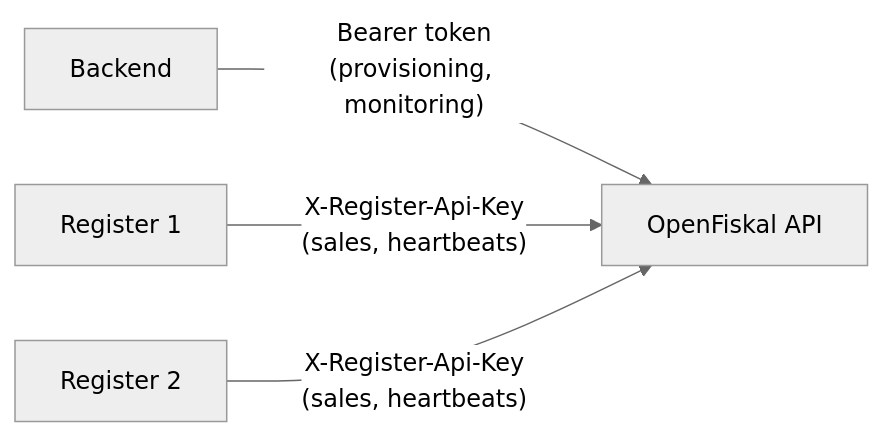
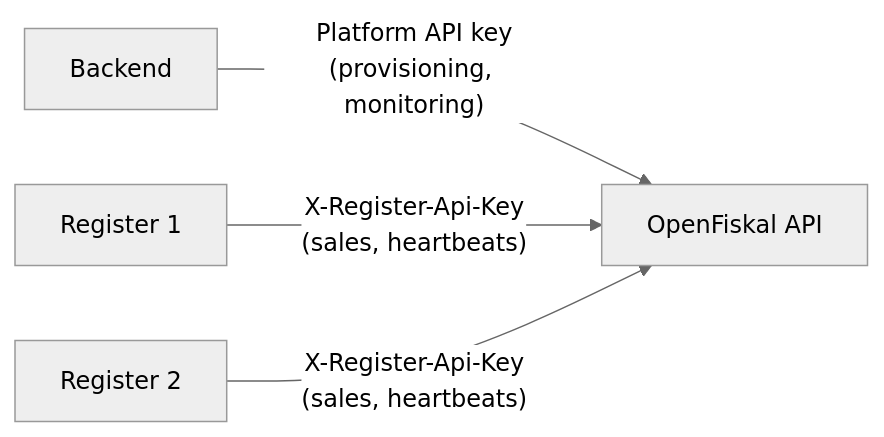
One commit to F-C-Corp/docs changed the third of 3 diagrams in integration-topologies.mdx. Above: the diagram before and after it, drawn with Mermaid (neutral theme). The commit also changed other lines of this file and 5 other files, not shown here.

First line of the commit message:
Switch from OAuth2 to Stripe-style platform API keys

````diff
--- a/integration-topologies.mdx
+++ b/integration-topologies.mdx
@@ -109,6 +109,6 @@
 ```mermaid
 flowchart LR
-    B[Backend] -- "Bearer token\n(provisioning, monitoring)" --> O[OpenFiskal API]
+    B[Backend] -- "Platform API key\n(provisioning, monitoring)" --> O[OpenFiskal API]
     R1[Register 1] -- "X-Register-Api-Key\n(sales, heartbeats)" --> O
     R2[Register 2] -- "X-Register-Api-Key\n(sales, heartbeats)" --> O
 ```
````
